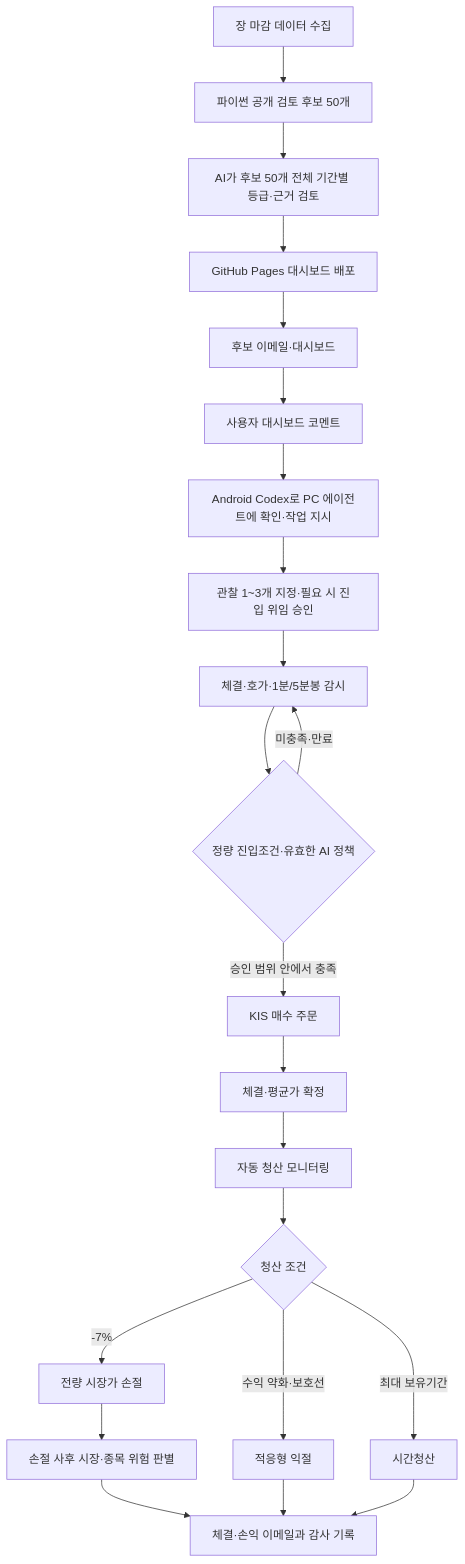
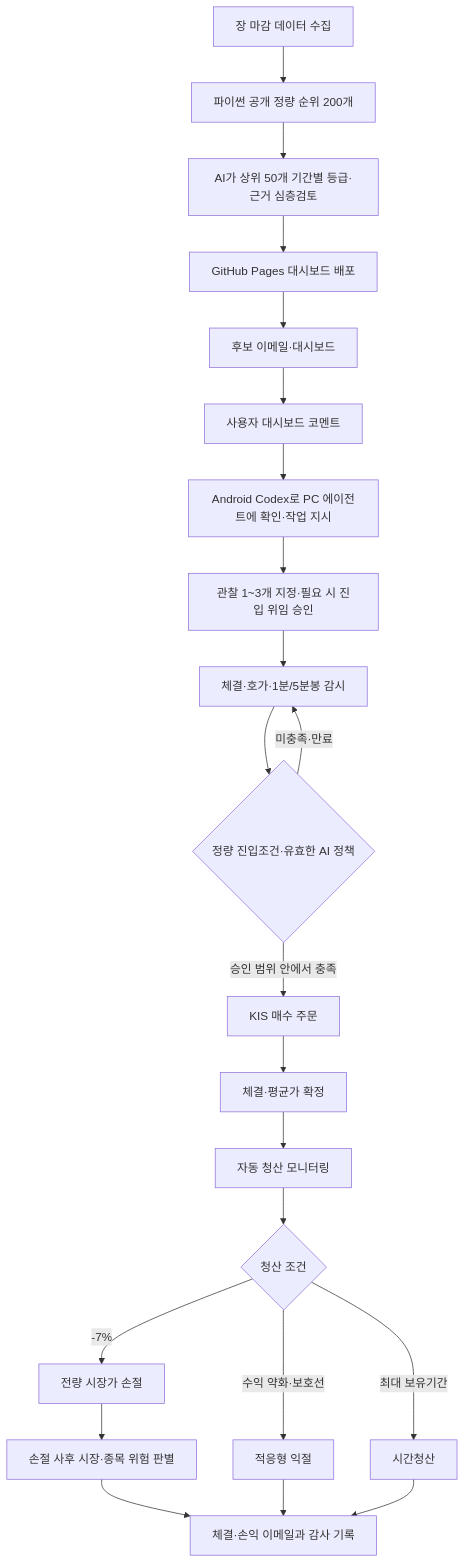
One commit to sungha-uu/danta changed the diagram in DOCS/PRODUCT_AND_WORKFLOW.md. Above: the diagram before and after it, drawn with Mermaid. The commit also changed other lines of this file and 19 other files, not shown here.

````diff
--- a/DOCS/PRODUCT_AND_WORKFLOW.md
+++ b/DOCS/PRODUCT_AND_WORKFLOW.md
@@ -40,24 +40,24 @@
 ```mermaid
 flowchart TD
-    A["장 마감 데이터 수집"] --> B["파이썬 공개 검토 후보 50개"]
-    B --> C["AI가 후보 50개 전체 기간별 등급·근거 검토"]
+    A["장 마감 데이터 수집"] --> B["파이썬 공개 정량 순위 200개"]
+    B --> C["AI가 상위 50개 기간별 등급·근거 심층검토"]
     C --> D["GitHub Pages 대시보드 배포"]
     D --> E["후보 이메일·대시보드"]
     E --> F["사용자 대시보드 코멘트"]
     F --> G["Android Codex로 PC 에이전트에 확인·작업 지시"]
     G --> S["관찰 1~3개 지정·필요 시 진입 위임 승인"]
     S --> H["체결·호가·1분/5분봉 감시"]
     H --> I{"정량 진입조건·유효한 AI 정책"}
     I -- "미충족·만료" --> H
     I -- "승인 범위 안에서 충족" --> J["KIS 매수 주문"]
     J --> K["체결·평균가 확정"]
     K --> L["자동 청산 모니터링"]
     L --> M{"청산 조건"}
     M -- "-7%" --> N["전량 시장가 손절"]
     M -- "수익 약화·보호선" --> O["적응형 익절"]
     M -- "최대 보유기간" --> P["시간청산"]
     N --> R["손절 사후 시장·종목 위험 판별"]
     R --> Q["체결·손익 이메일과 감사 기록"]
     O --> Q
     P --> Q
 ```
````
